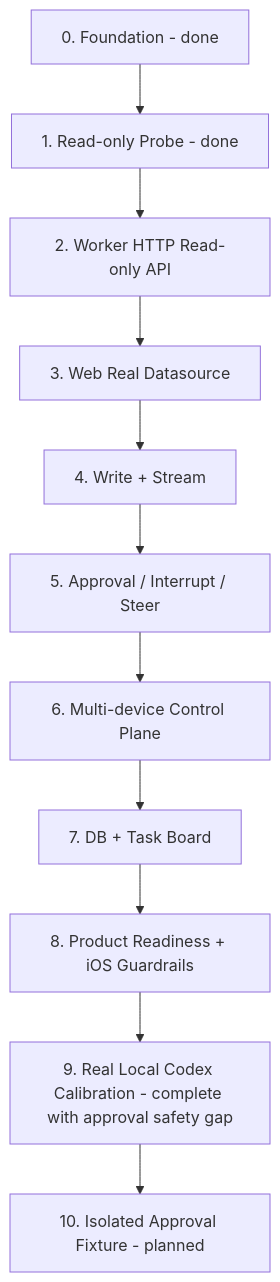
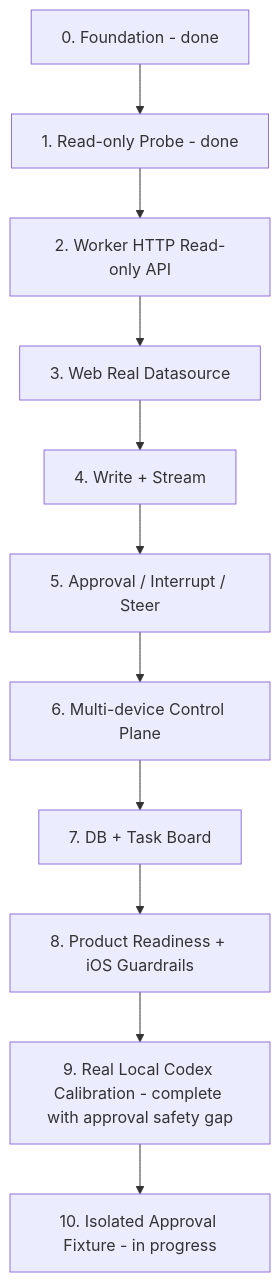
Before and after one commit to VintLin/codex-remote: the second of 3 diagrams in PLAN.md, drawn with Mermaid. The commit also changed other lines of this file and 7 other files, not shown here.

Commit message:
docs: record approval fixture real gap

````diff
--- a/PLAN.md
+++ b/PLAN.md
@@ -61,16 +61,16 @@
 ```mermaid
 flowchart TB
   P0["0. Foundation - done"]
   P1["1. Read-only Probe - done"]
   P2["2. Worker HTTP Read-only API"]
   P3["3. Web Real Datasource"]
   P4["4. Write + Stream"]
   P5["5. Approval / Interrupt / Steer"]
   P6["6. Multi-device Control Plane"]
   P7["7. DB + Task Board"]
   P8["8. Product Readiness + iOS Guardrails"]
   P9["9. Real Local Codex Calibration - complete with approval safety gap"]
-  P10["10. Isolated Approval Fixture - planned"]
+  P10["10. Isolated Approval Fixture - in progress"]
 
   P0 --> P1 --> P2 --> P3 --> P4 --> P5 --> P6 --> P7 --> P8 --> P9 --> P10
 ```
````
